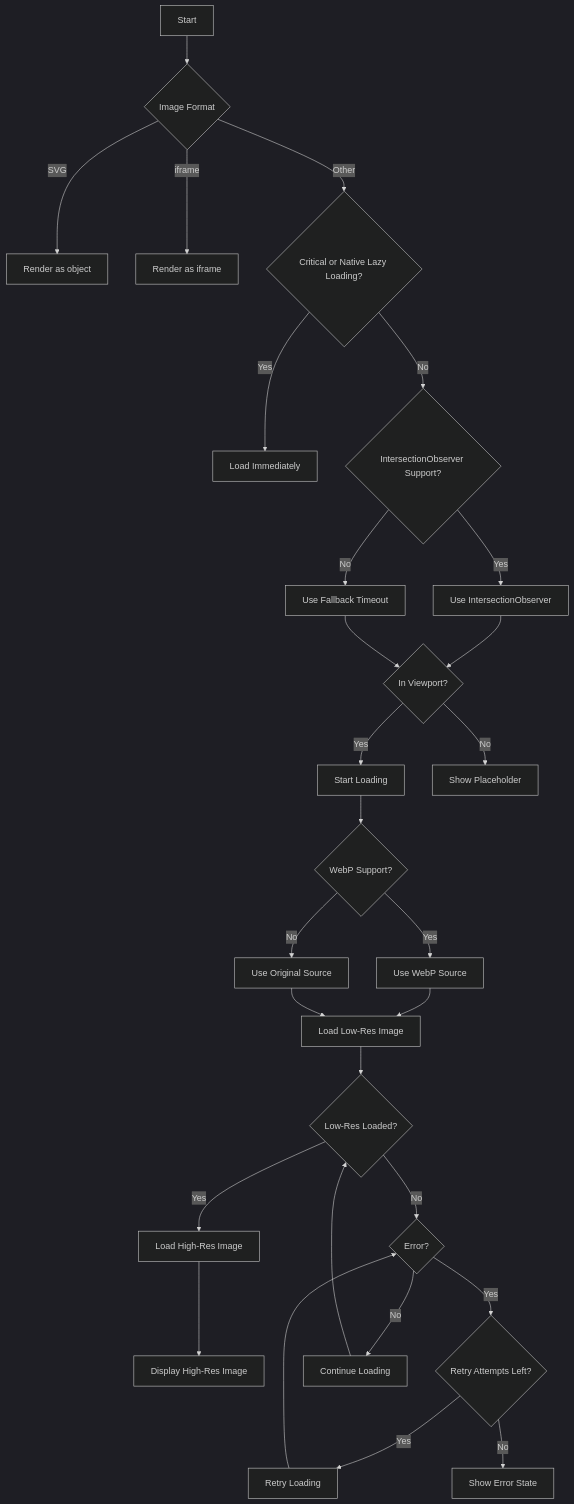
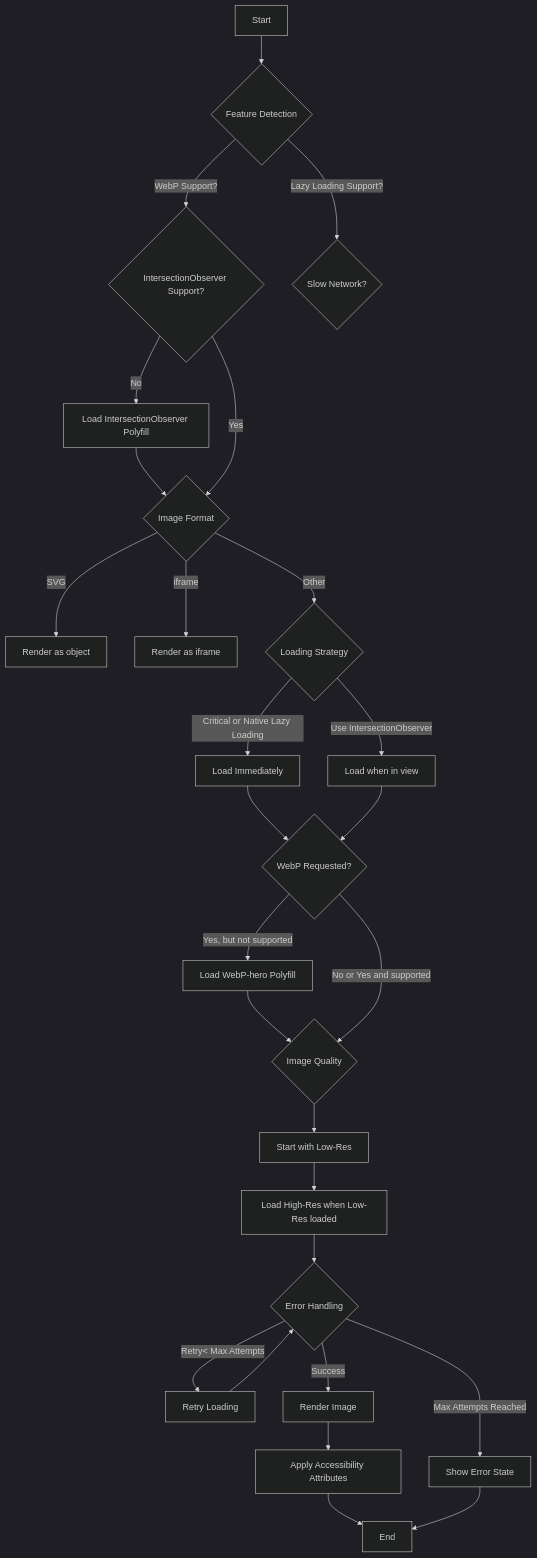
One commit to jameswquinn/LazyImage changed the diagram in decision tree.md. Above: the diagram before and after it, drawn with Mermaid (dark theme).

Commit message:
Update decision tree.md

````diff
--- a/decision tree.md
+++ b/decision tree.md
@@ -1,44 +1,40 @@
 ```mermaid
 graph TD
-    A[Start] --> B{Image Format}
-    B -->|SVG| C[Render as object]
-    B -->|iframe| D[Render as iframe]
-    B -->|Other| E{Critical or Native Lazy Loading?}
+    A[Start] --> B{Feature Detection}
+    B -->|WebP Support?| C{IntersectionObserver Support?}
+    B -->|Lazy Loading Support?| D{Slow Network?}
     
-    E -->|Yes| F[Load Immediately]
-    E -->|No| G{IntersectionObserver Support?}
+    C -->|No| E[Load IntersectionObserver Polyfill]
+    E --> F{Image Format}
     
-    G -->|Yes| H[Use IntersectionObserver]
-    G -->|No| I[Use Fallback Timeout]
+    C -->|Yes| F
     
-    H --> J{In Viewport?}
-    I --> J
+    F -->|SVG| G[Render as object]
+    F -->|iframe| H[Render as iframe]
+    F -->|Other| I{Loading Strategy}
     
-    J -->|Yes| K[Start Loading]
-    J -->|No| L[Show Placeholder]
+    I -->|Critical or Native Lazy Loading| J[Load Immediately]
+    I -->|Use IntersectionObserver| K[Load when in view]
     
-    K --> M{WebP Support?}
+    J --> L{WebP Requested?}
+    K --> L
     
-    M -->|Yes| N[Use WebP Source]
-    M -->|No| O[Use Original Source]
+    L -->|Yes, but not supported| M[Load WebP-hero Polyfill]
+    M --> N{Image Quality}
+    L -->|No or Yes and supported| N
     
-    N --> P[Load Low-Res Image]
-    O --> P
+    N --> O[Start with Low-Res]
+    O --> P[Load High-Res when Low-Res loaded]
     
-    P --> Q{Low-Res Loaded?}
+    P --> Q{Error Handling}
+    Q -->|Retry< Max Attempts| R[Retry Loading]
+    R --> Q
+    Q -->|Max Attempts Reached| S[Show Error State]
     
-    Q -->|Yes| R[Load High-Res Image]
-    Q -->|No| S{Error?}
+    Q -->|Success| T[Render Image]
+    T --> U[Apply Accessibility Attributes]
+    U --> V[End]
     
-    R --> T[Display High-Res Image]
-    
-    S -->|Yes| U{Retry Attempts Left?}
-    S -->|No| V[Continue Loading]
-    
-    U -->|Yes| W[Retry Loading]
-    U -->|No| X[Show Error State]
-    
-    W --> S
-    V --> Q
+    S --> V
 
 ```
````
